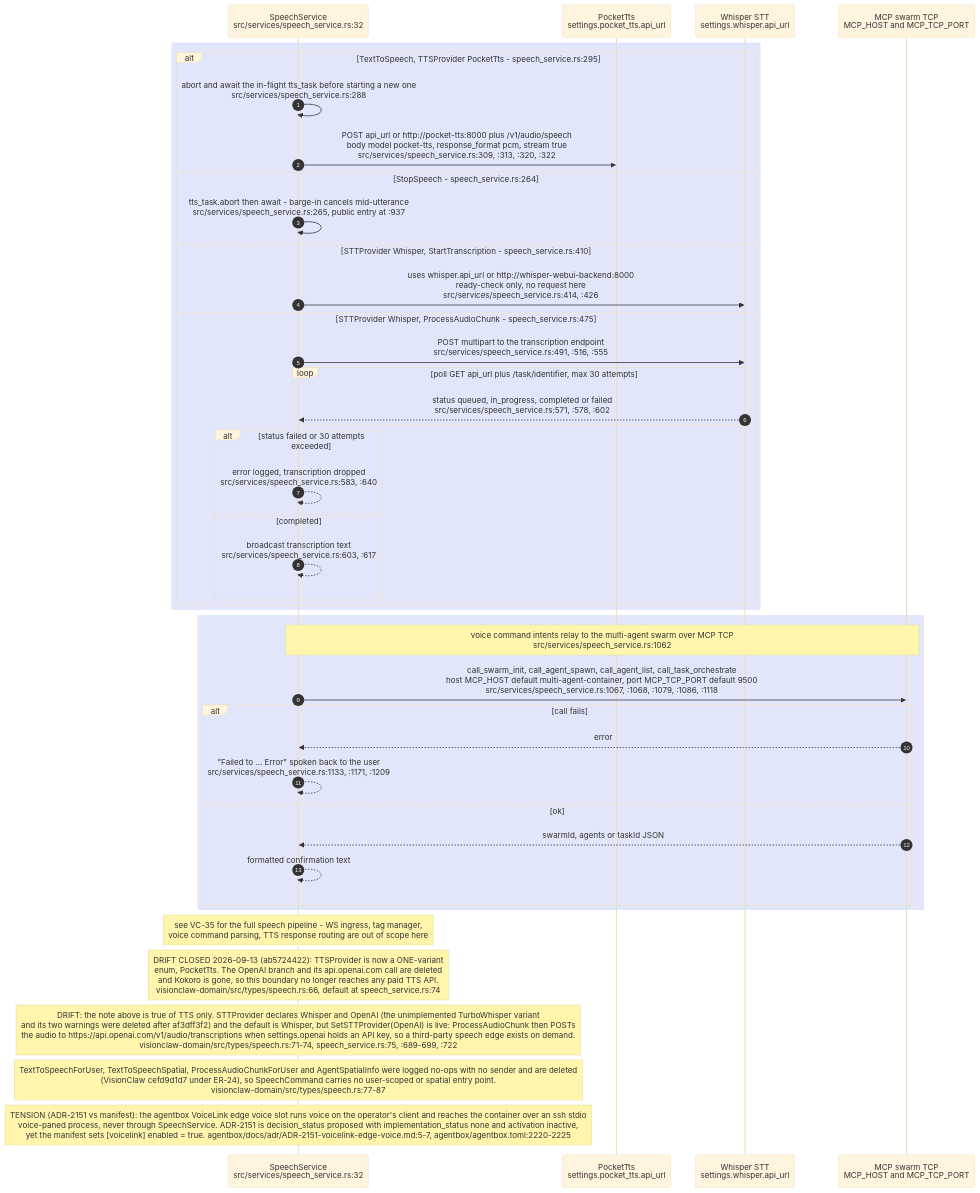
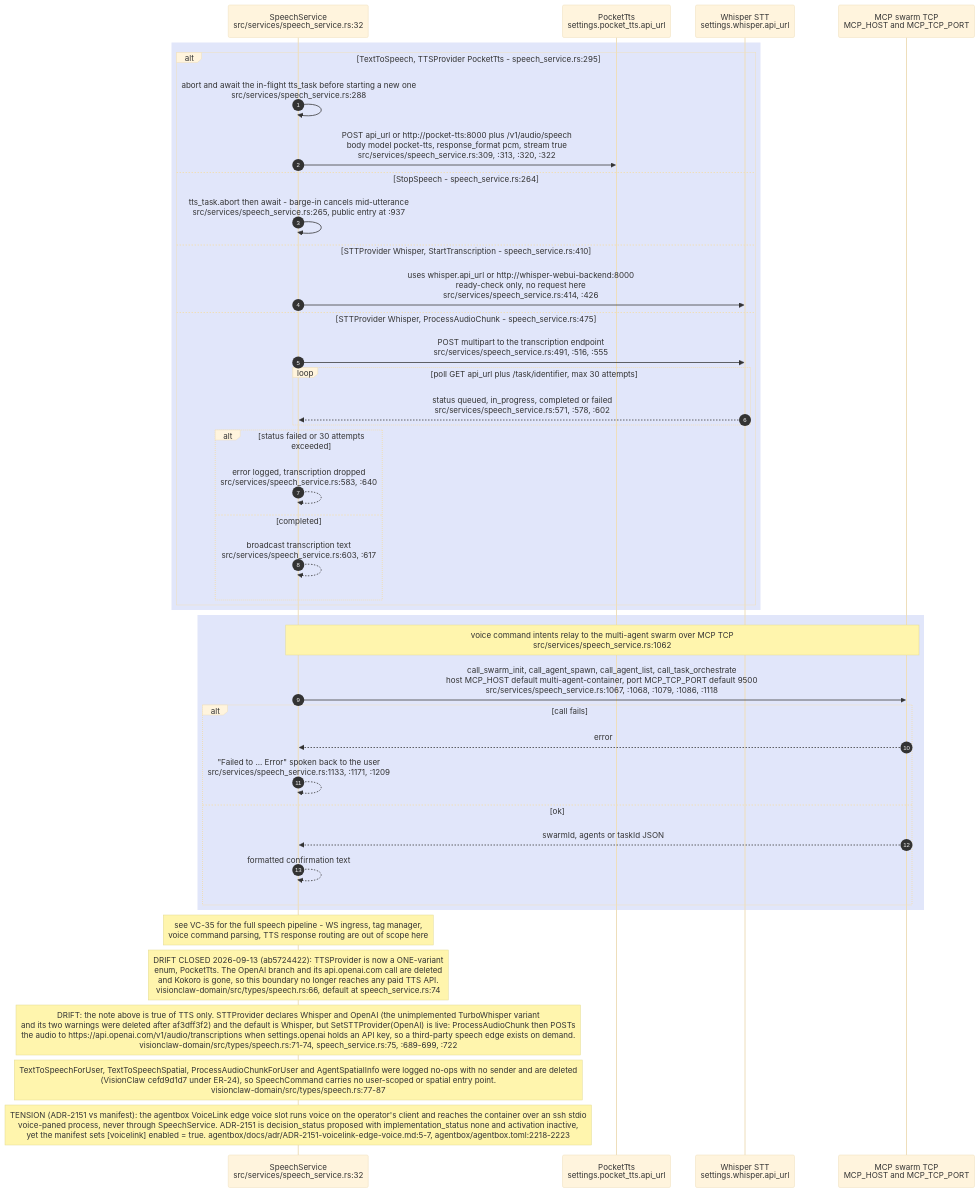
One commit to DreamLab-AI/VisionFlow changed the seventh of 8 diagrams in docs/diagrams/visionclaw/28-external-services.md. Above: the diagram before and after it, drawn with Mermaid (base theme). The commit also changed other lines of this file and 145 other files, not shown here.

````diff
--- a/docs/diagrams/visionclaw/28-external-services.md
+++ b/docs/diagrams/visionclaw/28-external-services.md
@@ -329,47 +332,47 @@
 ```mermaid
 sequenceDiagram
     autonumber
     participant SS as SpeechService<br/>src/services/speech_service.rs:32
     participant PT as PocketTts<br/>settings.pocket_tts.api_url
     participant WHI as Whisper STT<br/>settings.whisper.api_url
     participant MCP as MCP swarm TCP<br/>MCP_HOST and MCP_TCP_PORT
 
     rect rgb(225,230,250)
     alt TextToSpeech, TTSProvider PocketTts - speech_service.rs:295
         SS->>SS: abort and await the in-flight tts_task before starting a new one<br/>src/services/speech_service.rs:288
         SS->>PT: POST api_url or http://pocket-tts:8000 plus /v1/audio/speech<br/>body model pocket-tts, response_format pcm, stream true<br/>src/services/speech_service.rs:309, :313, :320, :322
     else StopSpeech - speech_service.rs:264
         SS->>SS: tts_task.abort then await - barge-in cancels mid-utterance<br/>src/services/speech_service.rs:265, public entry at :937
     else STTProvider Whisper, StartTranscription - speech_service.rs:410
         SS->>WHI: uses whisper.api_url or http://whisper-webui-backend:8000<br/>ready-check only, no request here<br/>src/services/speech_service.rs:414, :426
     else STTProvider Whisper, ProcessAudioChunk - speech_service.rs:475
         SS->>WHI: POST multipart to the transcription endpoint<br/>src/services/speech_service.rs:491, :516, :555
         loop poll GET api_url plus /task/identifier, max 30 attempts
             WHI-->>SS: status queued, in_progress, completed or failed<br/>src/services/speech_service.rs:571, :578, :602
         end
         alt status failed or 30 attempts exceeded
             SS-->>SS: error logged, transcription dropped<br/>src/services/speech_service.rs:583, :640
         else completed
             SS-->>SS: broadcast transcription text<br/>src/services/speech_service.rs:603, :617
         end
     end
     end
 
     rect rgb(225,230,250)
     Note over SS,MCP: voice command intents relay to the multi-agent swarm over MCP TCP<br/>src/services/speech_service.rs:1062
     SS->>MCP: call_swarm_init, call_agent_spawn, call_agent_list, call_task_orchestrate<br/>host MCP_HOST default multi-agent-container, port MCP_TCP_PORT default 9500<br/>src/services/speech_service.rs:1067, :1068, :1079, :1086, :1118
     alt call fails
         MCP-->>SS: error
         SS-->>SS: "Failed to ... Error" spoken back to the user<br/>src/services/speech_service.rs:1133, :1171, :1209
     else ok
         MCP-->>SS: swarmId, agents or taskId JSON
         SS-->>SS: formatted confirmation text
     end
     end
 
     Note over SS: see VC-35 for the full speech pipeline - WS ingress, tag manager,<br/>voice command parsing, TTS response routing are out of scope here
     Note over SS: DRIFT CLOSED 2026-09-13 (ab5724422): TTSProvider is now a ONE-variant<br/>enum, PocketTts. The OpenAI branch and its api.openai.com call are deleted<br/>and Kokoro is gone, so this boundary no longer reaches any paid TTS API.<br/>visionclaw-domain/src/types/speech.rs:66, default at speech_service.rs:74
     Note over SS: DRIFT: the note above is true of TTS only. STTProvider declares Whisper and OpenAI (the unimplemented TurboWhisper variant<br/>and its two warnings were deleted after af3dff3f2) and the default is Whisper, but SetSTTProvider(OpenAI) is live: ProcessAudioChunk then POSTs<br/>the audio to https://api.openai.com/v1/audio/transcriptions when settings.openai holds an API key, so a third-party speech edge exists on demand.<br/>visionclaw-domain/src/types/speech.rs:71-74, speech_service.rs:75, :689-699, :722
     Note over SS: TextToSpeechForUser, TextToSpeechSpatial, ProcessAudioChunkForUser and AgentSpatialInfo were logged no-ops with no sender and are deleted<br/>(VisionClaw cefd9d1d7 under ER-24), so SpeechCommand carries no user-scoped or spatial entry point.<br/>visionclaw-domain/src/types/speech.rs:77-87
-    Note over SS: TENSION (ADR-2151 vs manifest): the agentbox VoiceLink edge voice slot runs voice on the operator's client and reaches the container over an ssh stdio<br/>voice-paned process, never through SpeechService. ADR-2151 is decision_status proposed with implementation_status none and activation inactive,<br/>yet the manifest sets [voicelink] enabled = true. agentbox/docs/adr/ADR-2151-voicelink-edge-voice.md:5-7, agentbox/agentbox.toml:2220-2225
+    Note over SS: TENSION (ADR-2151 vs manifest): the agentbox VoiceLink edge voice slot runs voice on the operator's client and reaches the container over an ssh stdio<br/>voice-paned process, never through SpeechService. ADR-2151 is decision_status proposed with implementation_status none and activation inactive,<br/>yet the manifest sets [voicelink] enabled = true. agentbox/docs/adr/ADR-2151-voicelink-edge-voice.md:5-7, agentbox/agentbox.toml:2218-2223
 ```
````
